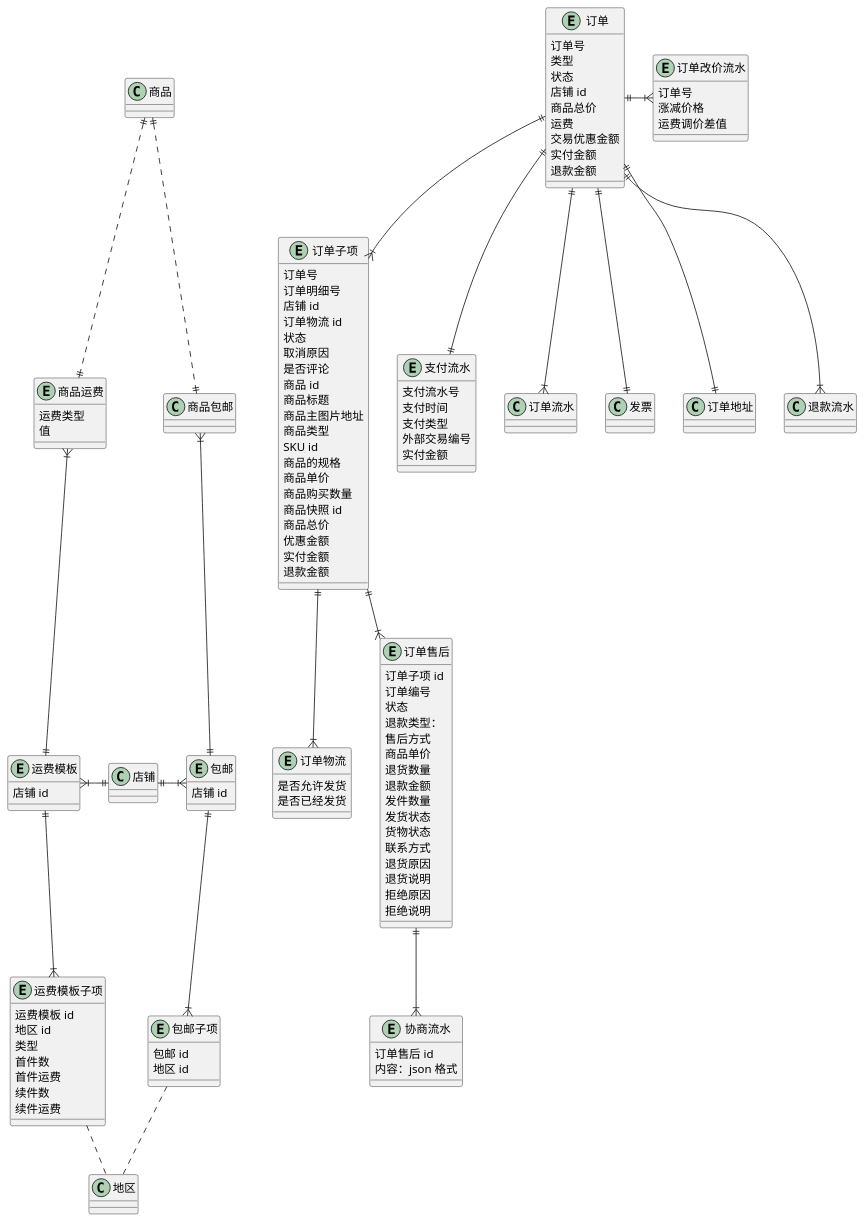
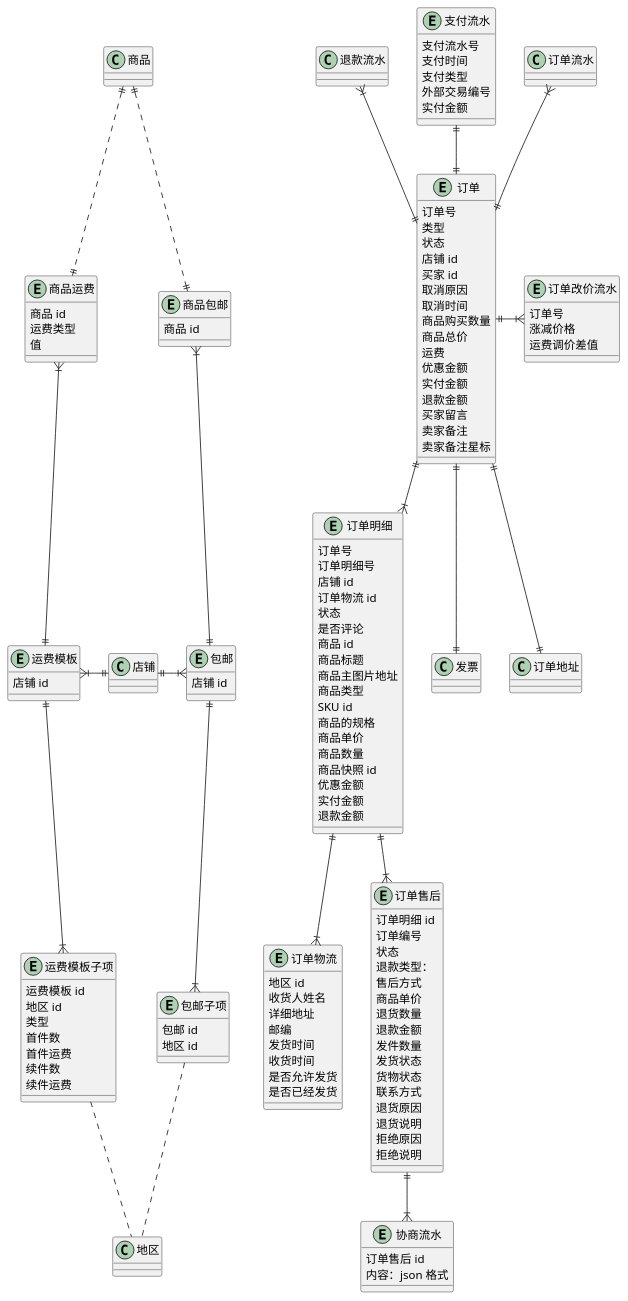
Before and after one commit to awesomecat2020/mock-mall: the diagram in 订单.wsd, drawn with PlantUML. The commit also changed 2 other files, not shown here.

```diff
--- a/订单.wsd
+++ b/订单.wsd
@@ -1,168 +1,195 @@
 @startuml 订单UML
 
 ' ==================== 订单 ====================
 entity 订单 {
     订单号
     ' 普通/拼团/代付/送礼/社区团购/海淘/秒杀
     类型
     ' 待付款/待发货/待收货/已完成/已关闭
     状态
     店铺 id
+    买家 id
+    ' 1-超时未支付
+    ' 2-退款关闭
+    ' 4-买家取消
+    ' 15-已通过货到付款交易
+    ' 无法联系上买家
+    ' 买家误拍/重拍
+    ' 缺货
+    ' ......
+    取消原因
+    取消时间
+    ' 子单数量之和
+    商品购买数量
+    ' 子单求和
     商品总价
+    ' 子单运费价格求和
     运费
-    交易优惠金额
-    ' totalFee + postFee - discountFee
+    ' 优惠券
+    优惠金额
+    ' 商品总价 + 运费 - 优惠金额 + 涨价或减价
     实付金额
     退款金额
+    买家留言
+    卖家备注
+    卖家备注星标
 }
-entity 订单子项 {
+entity 订单明细 {
     订单号
     订单明细号
     店铺 id
     订单物流 id
     ' 待付款/待发货/待收货/已完成/已关闭
     状态
-    取消原因
     是否评论
     商品 id
     商品标题
     商品主图片地址
     商品类型
     SKU id
     商品的规格
     商品单价
-    商品购买数量
+    商品数量
     商品快照 id
-    商品总价
     优惠金额
     实付金额
     退款金额
 }
 entity 订单物流 {
+    地区 id
+    收货人姓名
+    详细地址
+    邮编
+    发货时间
+    收货时间
     是否允许发货
     是否已经发货
 }
 entity 订单改价流水 {
     订单号
     涨减价格
     运费调价差值
 }
 entity 支付流水 {
     支付流水号
     支付时间
     '   1-WEIXIN (微信自有支付)
     '   2-WEIXIN_DAIXIAO (微信代销支付)
     '   3-ALIPAY (支付宝支付)
     '   4-BANKCARDPAY (银行卡支付)
     '   5-PEERPAY (代付)
     '   6-CODPAY (货到付款)
     '   7-BAIDUPAY (百度钱包支付)
     '   8-PRESENTTAKE (直接领取赠品)
     '   9-COUPONPAY（优惠券/码全额抵扣)
     '   10-BULKPURCHASE（来自分销商的采购)
     '   11-MERGEDPAY (合并付货款)
     '   12-ECARD（有赞E卡支付)
     '   13-PREPAIDCARD (储值卡支付)
     '   14-MARKPAY （标记支付）
     '   15-OFCASH (现金支付)
     支付类型
     ' 如果支付方式是微信支付，就是财付通的交易单号
     外部交易编号
     实付金额
 }
 
-订单 ||--|{ 订单子项
-订单 ||--|{ 订单流水
+订单 ||--|{ 订单明细
+订单 ||-u-|{ 订单流水
 订单 ||--|| 发票
 订单 ||--|| 订单地址
-订单子项 ||--|{ 订单物流
+订单明细 ||--|{ 订单物流
 订单 ||-|{ 订单改价流水
-订单 ||--|| 支付流水
-订单 ||--|{ 退款流水
+订单 ||-u-|| 支付流水
+订单 ||-u-|{ 退款流水
 
 
 ' ==================== 订单售后 ====================
 entity 订单售后 {
-    订单子项 id
+    订单明细 id
     订单编号
     ' 待卖家审核
     ' 待买家发货
     ' 待卖家收货
     ' 待买家收货
     ' 售后成功
     ' 卖家拒绝售后
     ' 卖家拒绝收货
     ' 售后关闭
     状态
     ' 售中退款/售后退款
     退款类型：
     ' 未介入/介入中/介入结束
     ' 客服介入状态
     ' 仅退款/退货退款/换货
     售后方式
     商品单价
     退货数量
     退款金额
     发件数量
     ' 未发货/已发货
     发货状态
     ' /已收到货
     货物状态
     联系方式
     退货原因
     退货说明
     拒绝原因
     拒绝说明
 }
 entity 协商流水 {
     订单售后 id
     内容：json 格式
 }
 
-订单子项 ||--|{ 订单售后
+订单明细 ||--|{ 订单售后
 订单售后 ||--|{ 协商流水
 
 
 ' ==================== 运费模版 ====================
 entity 运费模板 {
     店铺 id
 }
 entity 运费模板子项 {
     运费模板 id
     地区 id
     ' 按件/按重量
     类型
     首件数
     首件运费
     续件数
     续件运费
 }
 entity 商品运费 {
+    商品 id
     运费类型
     ' 运费/运费模版id
     值
 }
 
 运费模板 ||-u-|{ 商品运费
 商品运费 ||.u.|| 商品
 运费模板 }|-r-|| 店铺
 运费模板 ||--|{ 运费模板子项
 运费模板子项 .. 地区
 
 
 ' ==================== 包邮模板 ====================
+entity 商品包邮 {
+    商品 id
+}
 entity 包邮 {
     店铺 id
 }
 entity 包邮子项 {
     包邮 id
     地区 id
 }
 
 包邮 ||-u-|{ 商品包邮
 商品包邮 ||.u.|| 商品
 包邮 }|-l-|| 店铺
 包邮 ||--|{ 包邮子项
 包邮子项 .. 地区
 
 @enduml
```
